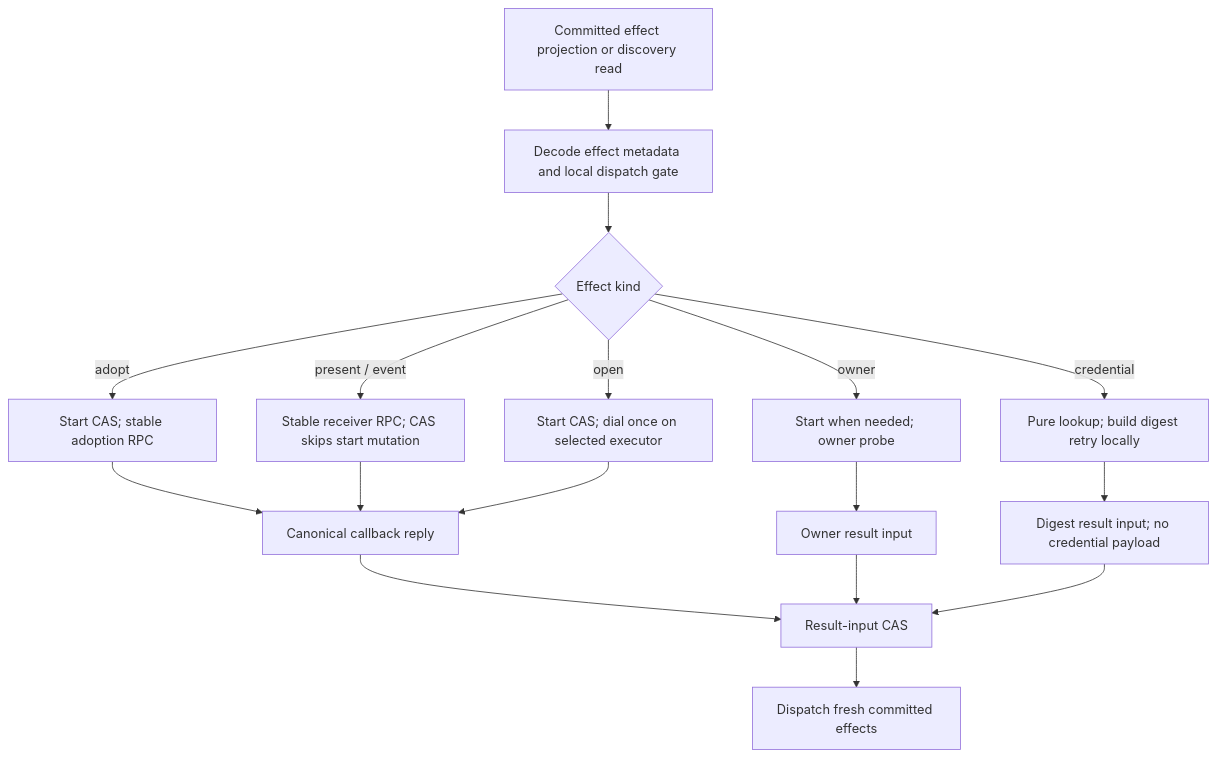
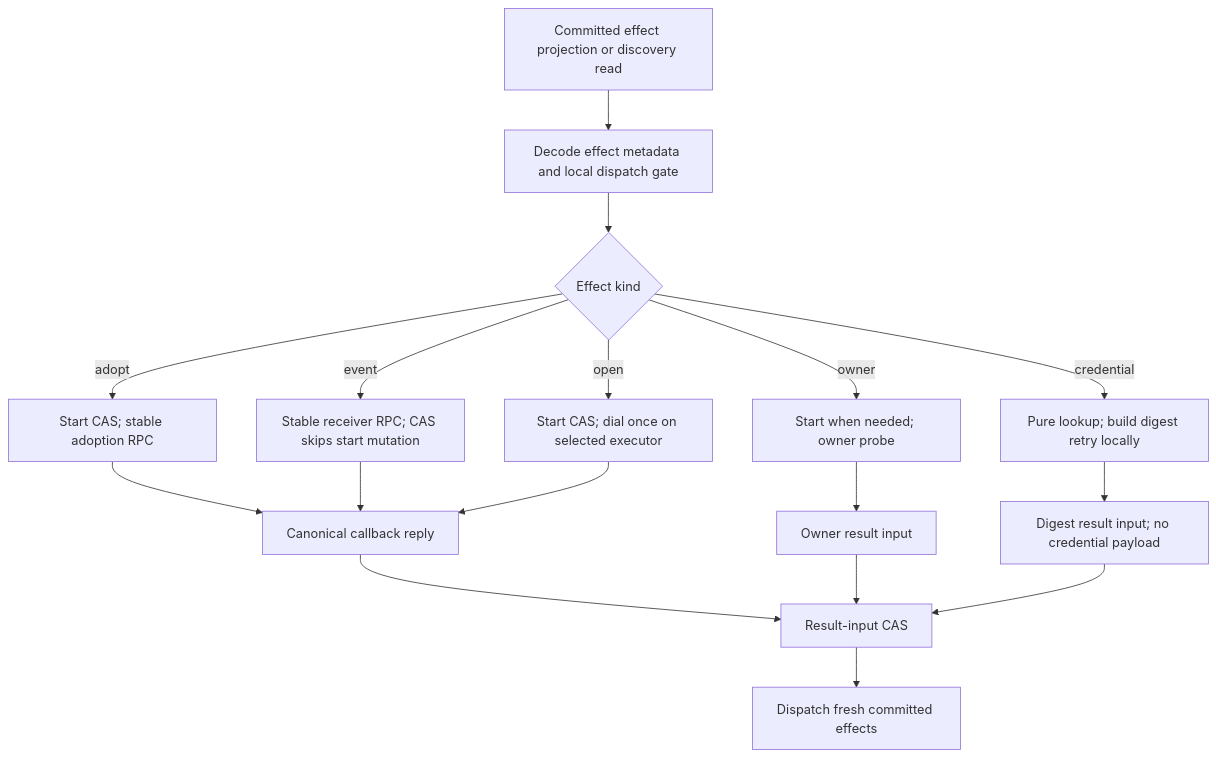
Before and after one commit to zyno-io/sipbridge: the fourth of 6 diagrams in docs/operations/execution.md, drawn with Mermaid. The commit also changed other lines of this file and 38 other files, not shown here.

````diff
--- a/docs/operations/execution.md
+++ b/docs/operations/execution.md
@@ -201,19 +213,19 @@
 ```mermaid
 flowchart TD
   A[Committed effect projection or discovery read] --> B[Decode effect metadata and local dispatch gate]
   B --> C{Effect kind}
-  C -->|present / event| D[Stable receiver RPC; CAS skips start mutation]
+  C -->|event| D[Stable receiver RPC; CAS skips start mutation]
   C -->|adopt| M[Start CAS; stable adoption RPC]
   M --> H
   C -->|credential| E[Pure lookup; build digest retry locally]
   C -->|open| F[Start CAS; dial once on selected executor]
   C -->|owner| G[Start when needed; owner probe]
   D --> H[Canonical callback reply]
   F --> H
   G --> I[Owner result input]
   E --> J[Digest result input; no credential payload]
   H --> K[Result-input CAS]
   I --> K
   J --> K
   K --> L[Dispatch fresh committed effects]
 ```
````
